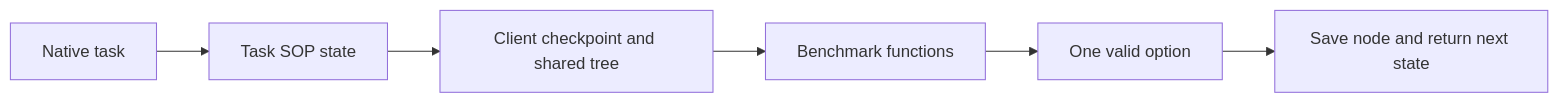
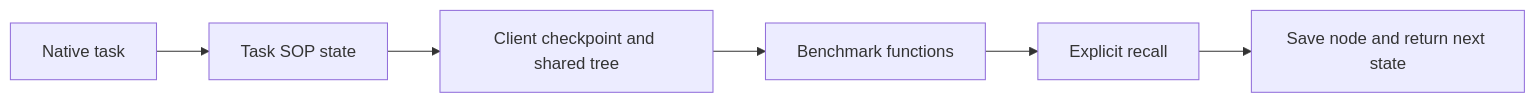
Before and after one commit to Winfred666/multica-AIDE: the second of 2 diagrams in multica_aide/skills/multica-aide-cli/DEBUG.md, drawn with Mermaid. The commit also changed other lines of this file and 10 other files, not shown here.

````diff
--- a/multica_aide/skills/multica-aide-cli/DEBUG.md
+++ b/multica_aide/skills/multica-aide-cli/DEBUG.md
@@ -28,8 +38,8 @@
 ```mermaid
 flowchart LR
     native[Native task] --> state[Task SOP state]
     state --> facts[Client checkpoint and shared tree]
     facts --> contract[Benchmark functions]
-    contract --> option[One valid option]
+    contract --> option[Explicit recall]
     option --> save[Save node and return next state]
 ```
````
